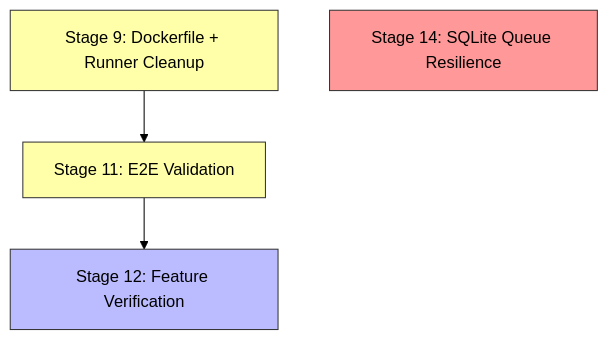
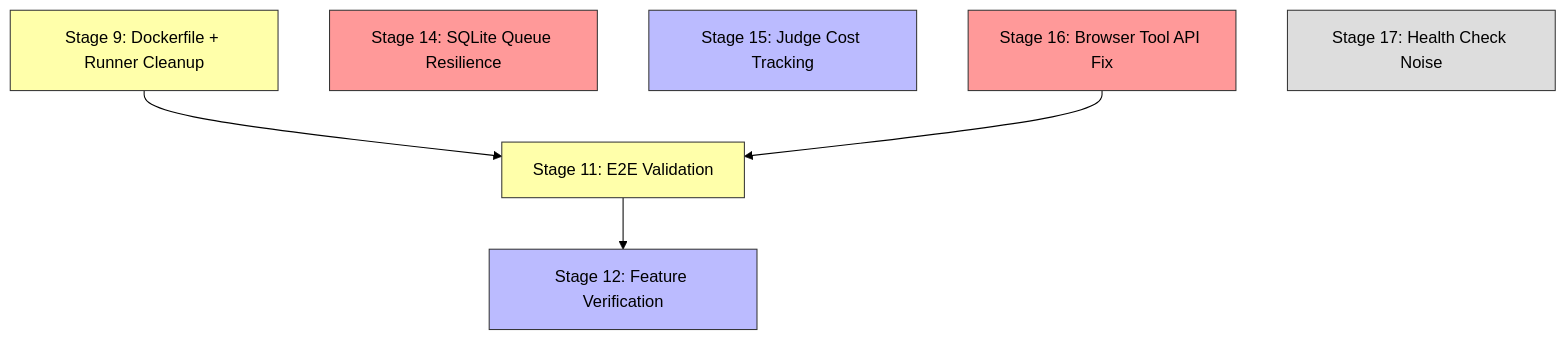
Before and after one commit to Toloka/tolokaforge: the second of 2 diagrams in docs/FUTURE_DEVELOPMENT.md, drawn with Mermaid (forest theme). The commit also changed other lines of this file and 25 other files, not shown here.

````diff
--- a/docs/FUTURE_DEVELOPMENT.md
+++ b/docs/FUTURE_DEVELOPMENT.md
@@ -535,16 +677,25 @@
 ```mermaid
 graph TD
     S9[Stage 9: Dockerfile + Runner Cleanup]
     S11[Stage 11: E2E Validation]
     S12[Stage 12: Feature Verification]
     S14[Stage 14: SQLite Queue Resilience]
+    S15[Stage 15: Judge Cost Tracking]
+    S16[Stage 16: Browser Tool API Fix]
+    S17[Stage 17: Health Check Noise]
 
     S9 --> S11
     S11 --> S12
     S14
+    S15
+    S16 --> S11
+    S17
 
     style S9 fill:#ffa,stroke:#333
     style S11 fill:#ffa,stroke:#333
     style S12 fill:#bbf,stroke:#333
     style S14 fill:#f99,stroke:#333
+    style S15 fill:#bbf,stroke:#333
+    style S16 fill:#f99,stroke:#333
+    style S17 fill:#ddd,stroke:#333
 ```
````
